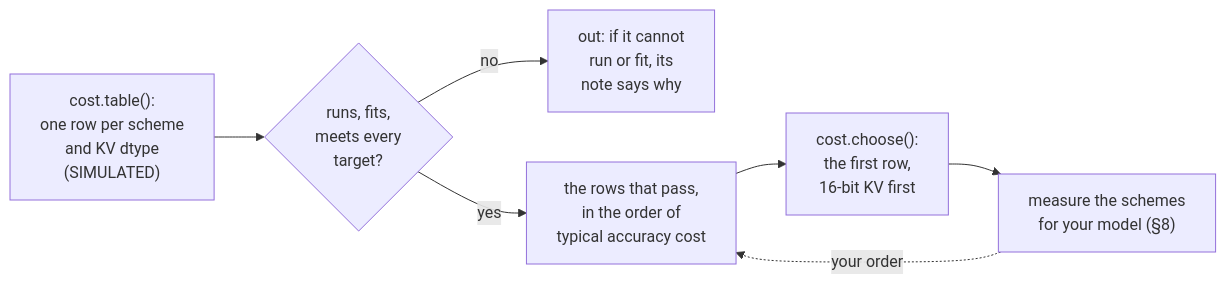
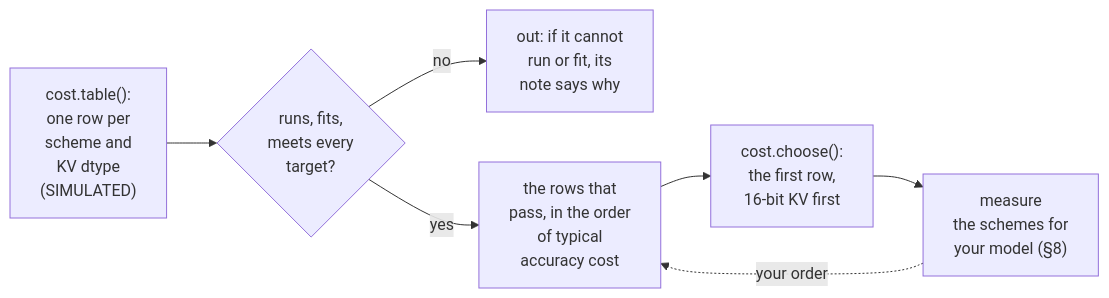
One commit to aniryou/full-stack-agentic-engineer changed the third of 3 diagrams in 04-inference-engine/quantization/PRIMER.md. Above: the diagram before and after it, drawn with Mermaid. The commit also changed other lines of this file and 15 other files, not shown here.

````diff
--- a/04-inference-engine/quantization/PRIMER.md
+++ b/04-inference-engine/quantization/PRIMER.md
@@ -875,9 +875,9 @@
 ```mermaid
 flowchart LR
-  T["cost.table():<br/>one row per scheme<br/>and KV dtype<br/>(SIMULATED)"] --> A{"runs, fits,<br/>meets every<br/>target?"}
+  T["cost.table():<br/>one row per<br/>scheme and<br/>KV dtype<br/>(SIMULATED)"] --> A{"runs, fits,<br/>meets every<br/>target?"}
   A -->|"no"| X["out: if it cannot<br/>run or fit, its<br/>note says why"]
-  A -->|"yes"| O["the rows that pass,<br/>in the order of<br/>typical accuracy cost"]
+  A -->|"yes"| O["the rows that<br/>pass, in the order<br/>of typical<br/>accuracy cost"]
   O --> C["cost.choose():<br/>the first row,<br/>16-bit KV first"]
-  C --> M["measure the schemes<br/>for your model (§8)"]
+  C --> M["measure<br/>the schemes for<br/>your model (§8)"]
   M -.->|"your order"| O
 ```
````
